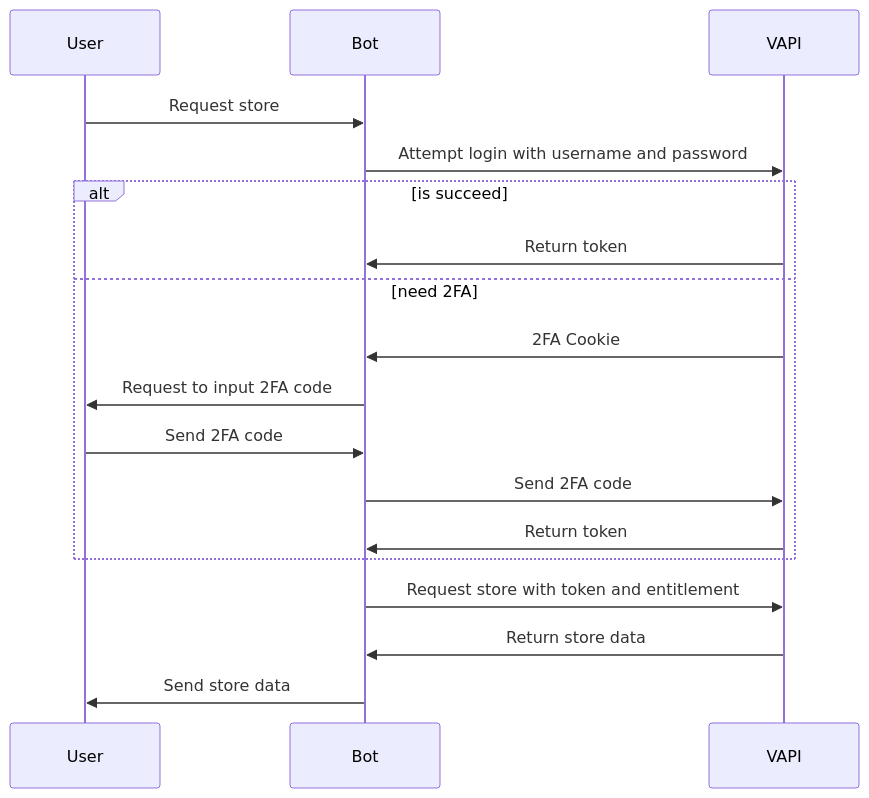
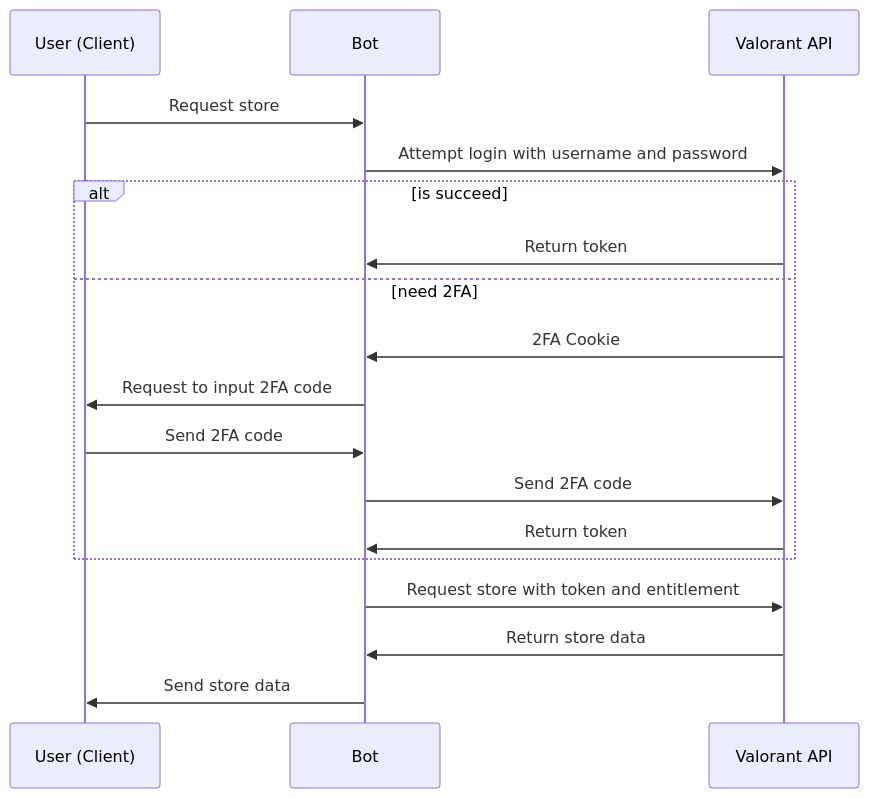
One commit to rikusen0335/ValorantStoreBot-Elixir changed the first of 2 diagrams in README.md. Above: the diagram before and after it, drawn with Mermaid. The commit also changed other lines of this file and 16 other files, not shown here.

````diff
--- a/README.md
+++ b/README.md
@@ -16,19 +21,21 @@
 ```mermaid
 sequenceDiagram
-    participant User
+    participant User as User (Client)
     participant Bot
+    participant VAPI as Valorant API
+
     User->>Bot: Request store
     Bot->>VAPI: Attempt login with username and password
     alt is succeed
         VAPI->>Bot: Return token
     else need 2FA
         VAPI->>Bot: 2FA Cookie
         Bot->>User: Request to input 2FA code
         User->>Bot: Send 2FA code
         Bot->>VAPI: Send 2FA code
         VAPI->>Bot: Return token
     end
     Bot->>VAPI: Request store with token and entitlement
     VAPI->>Bot: Return store data
     Bot->>User: Send store data
 ```
````
